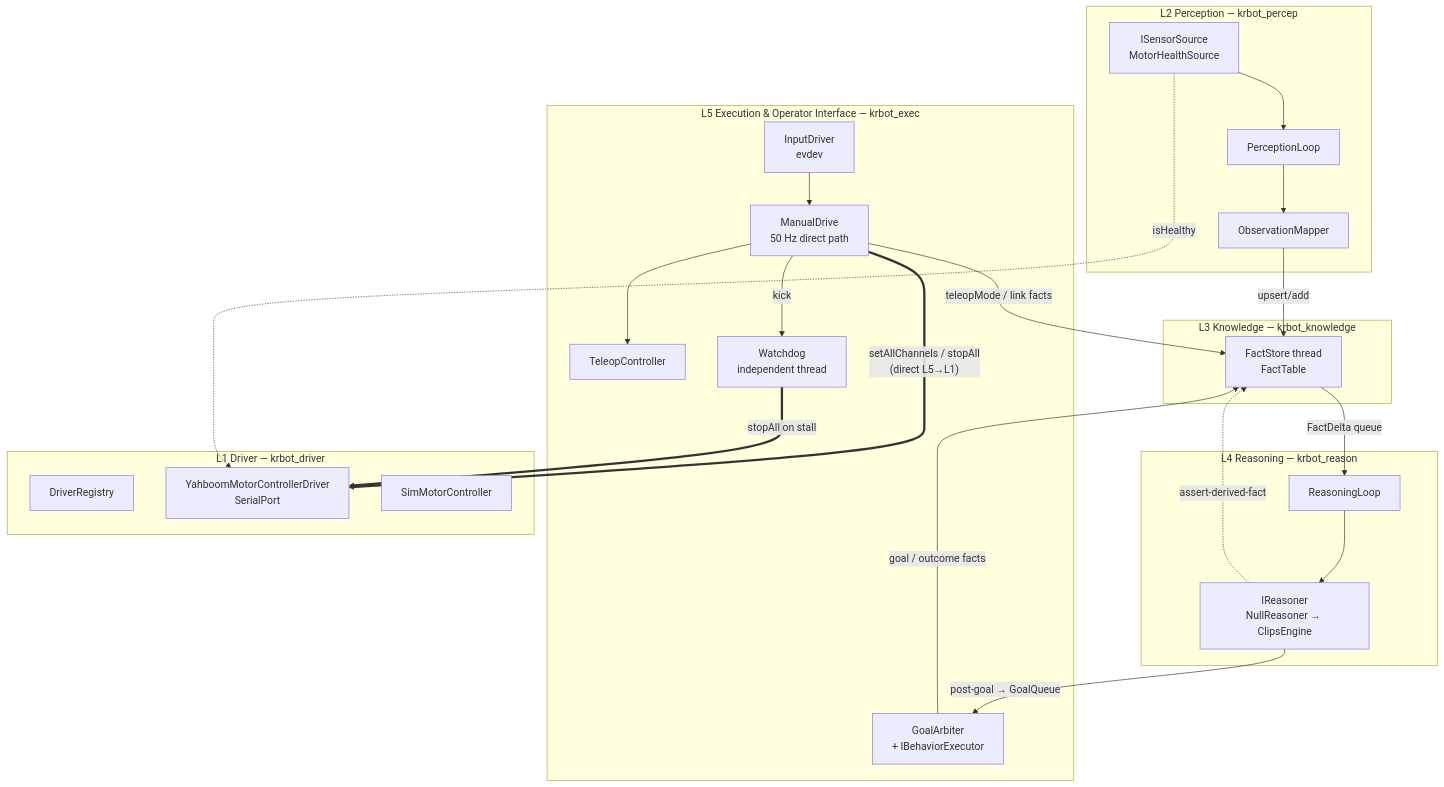
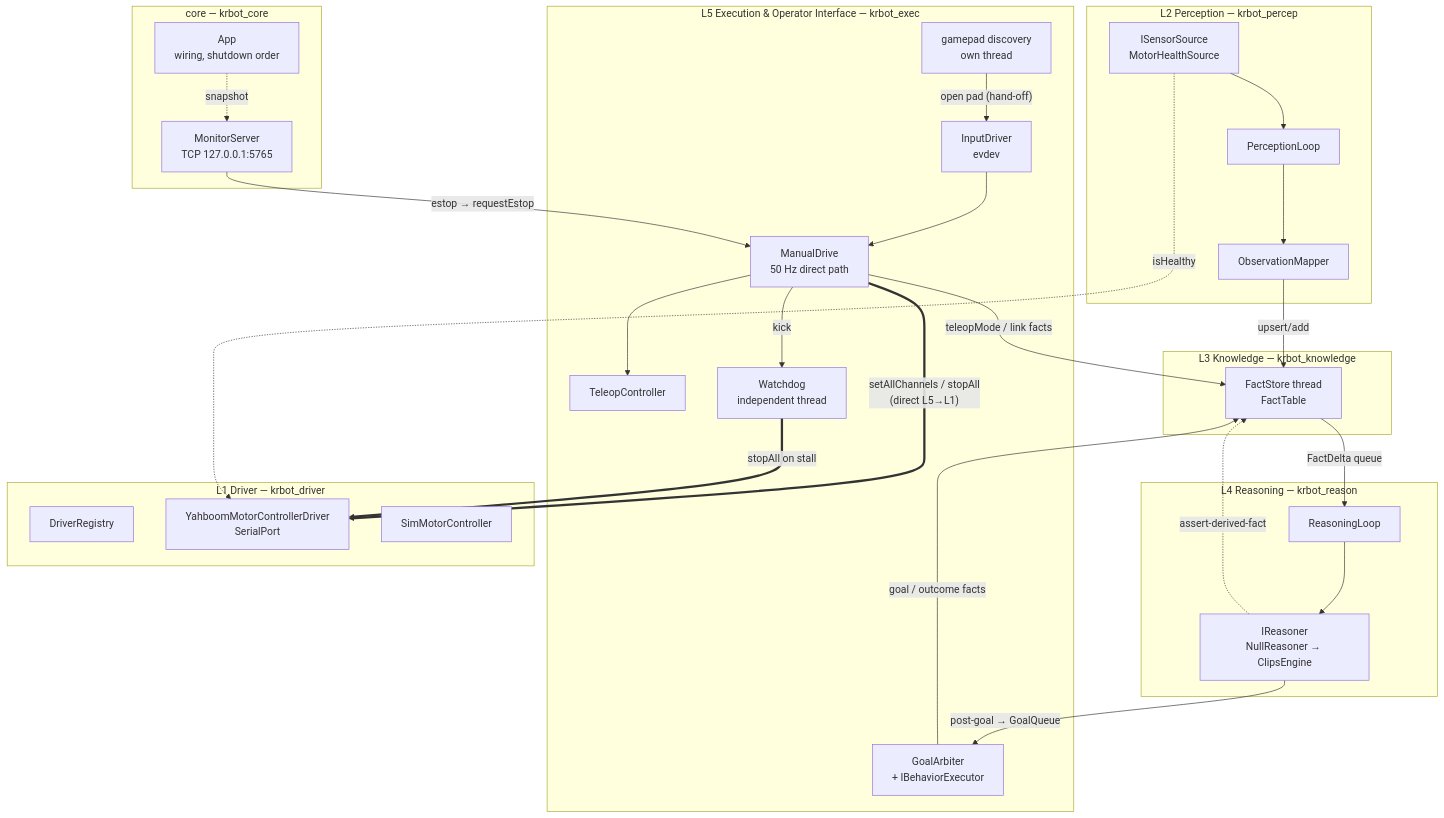
The diagram in docs/system-design.md (kennedyrobotics/KR-robot), drawn with Mermaid before and after one commit. The commit also changed other lines of this file and 4 other files, not shown here.

````diff
--- a/docs/system-design.md
+++ b/docs/system-design.md
@@ -16,37 +16,45 @@
 ```mermaid
 flowchart TB
+    subgraph CORE ["core — krbot_core"]
+        APP[App<br/>wiring, shutdown order]
+        MS[MonitorServer<br/>TCP 127.0.0.1:5765]
+    end
     subgraph L5 ["L5 Execution & Operator Interface — krbot_exec"]
         MD[ManualDrive<br/>50 Hz direct path]
         TS[TeleopController]
+        DISC[gamepad discovery<br/>own thread]
         IN[InputDriver<br/>evdev]
         WD[Watchdog<br/>independent thread]
         GA[GoalArbiter<br/>+ IBehaviorExecutor]
     end
     subgraph L4 ["L4 Reasoning — krbot_reason"]
         RL[ReasoningLoop] --> IR[IReasoner<br/>NullReasoner → ClipsEngine]
     end
     subgraph L3 ["L3 Knowledge — krbot_knowledge"]
         FS[FactStore thread<br/>FactTable]
     end
     subgraph L2 ["L2 Perception — krbot_percep"]
         PL[PerceptionLoop] --> OM[ObservationMapper]
         SRC[ISensorSource<br/>MotorHealthSource]
     end
     subgraph L1 ["L1 Driver — krbot_driver"]
         DR[DriverRegistry]
         YB[YahboomMotorControllerDriver<br/>SerialPort]
         SIM[SimMotorController]
     end
+    DISC -- "open pad (hand-off)" --> IN
     IN --> MD --> TS
+    APP -. snapshot .-> MS
+    MS -- "estop → requestEstop" --> MD
     MD == "setAllChannels / stopAll<br/>(direct L5→L1)" ==> YB
     WD == "stopAll on stall" ==> YB
     MD -- kick --> WD
     SRC --> PL
     OM -- "upsert/add" --> FS
     FS -- "FactDelta queue" --> RL
     IR -- "post-goal → GoalQueue" --> GA
     IR -. "assert-derived-fact" .-> FS
     GA -- "goal / outcome facts" --> FS
     MD -- "teleopMode / link facts" --> FS
     SRC -. isHealthy .-> YB
 ```
````
